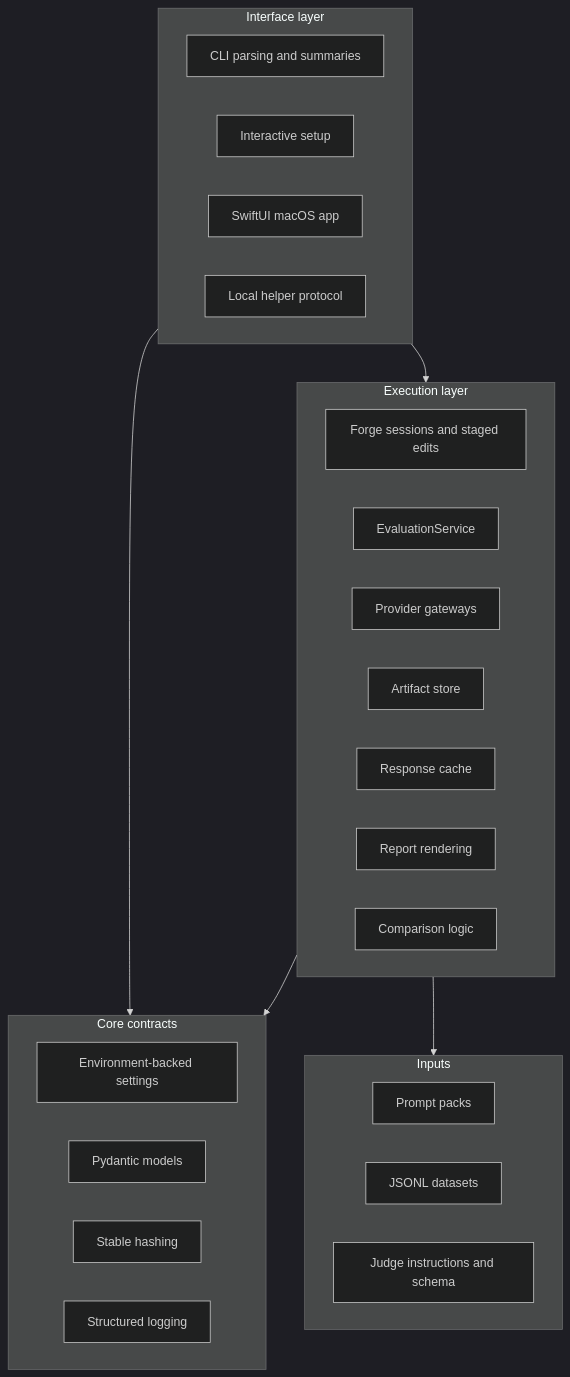
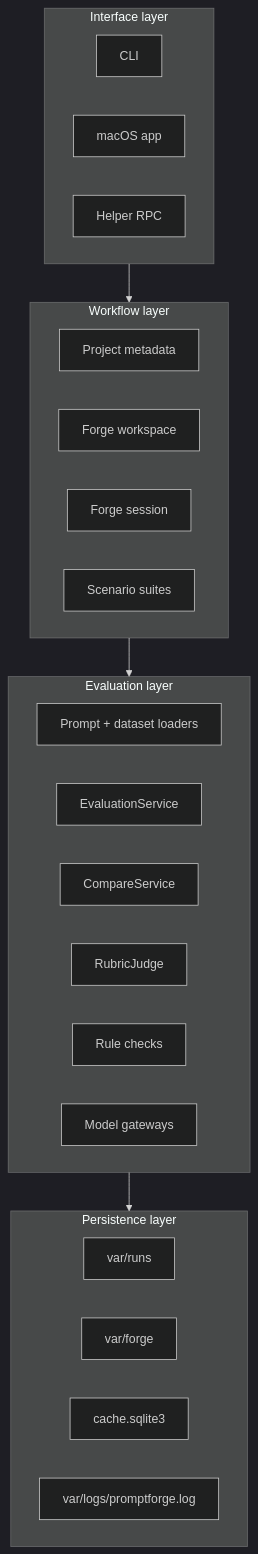
Before and after one commit to MikesHorcrux/PromptForge: the second of 4 diagrams in docs/architecture.md, drawn with Mermaid (dark theme). The commit also changed other lines of this file and 18 other files, not shown here.

Commit message:
Overhaul PromptForge documentation set

````diff
--- a/docs/architecture.md
+++ b/docs/architecture.md
@@ -53,37 +84,35 @@
 ```mermaid
 flowchart TB
   subgraph Interface["Interface layer"]
-    CLI["CLI parsing and summaries"]
-    Setup["Interactive setup"]
-    App["SwiftUI macOS app"]
-    Helper["Local helper protocol"]
+    CLI["CLI"]
+    App["macOS app"]
+    Helper["Helper RPC"]
   end
 
-  subgraph Core["Core contracts"]
-    Config["Environment-backed settings"]
-    Models["Pydantic models"]
-    Hashing["Stable hashing"]
-    Logging["Structured logging"]
+  subgraph Workflow["Workflow layer"]
+    Project["Project metadata"]
+    Workspace["Forge workspace"]
+    Session["Forge session"]
+    Scenarios["Scenario suites"]
   end
 
-  subgraph Runtime["Execution layer"]
-    Forge["Forge sessions and staged edits"]
+  subgraph Runtime["Evaluation layer"]
+    Loader["Prompt + dataset loaders"]
     RunService["EvaluationService"]
-    Gateway["Provider gateways"]
-    Artifacts["Artifact store"]
-    Cache["Response cache"]
-    Reports["Report rendering"]
-    Compare["Comparison logic"]
+    Compare["CompareService"]
+    Judge["RubricJudge"]
+    Rules["Rule checks"]
+    Gateway["Model gateways"]
   end
 
-  subgraph Assets["Inputs"]
-    PromptPacks["Prompt packs"]
-    Datasets["JSONL datasets"]
-    JudgeAssets["Judge instructions and schema"]
+  subgraph Persistence["Persistence layer"]
+    Runs["var/runs"]
+    Forge["var/forge"]
+    Cache["cache.sqlite3"]
+    Logs["var/logs/promptforge.log"]
   end
 
-  Interface --> Runtime
-  Interface --> Core
-  Runtime --> Core
-  Runtime --> Assets
+  Interface --> Workflow
+  Workflow --> Runtime
+  Runtime --> Persistence
 ```
````
